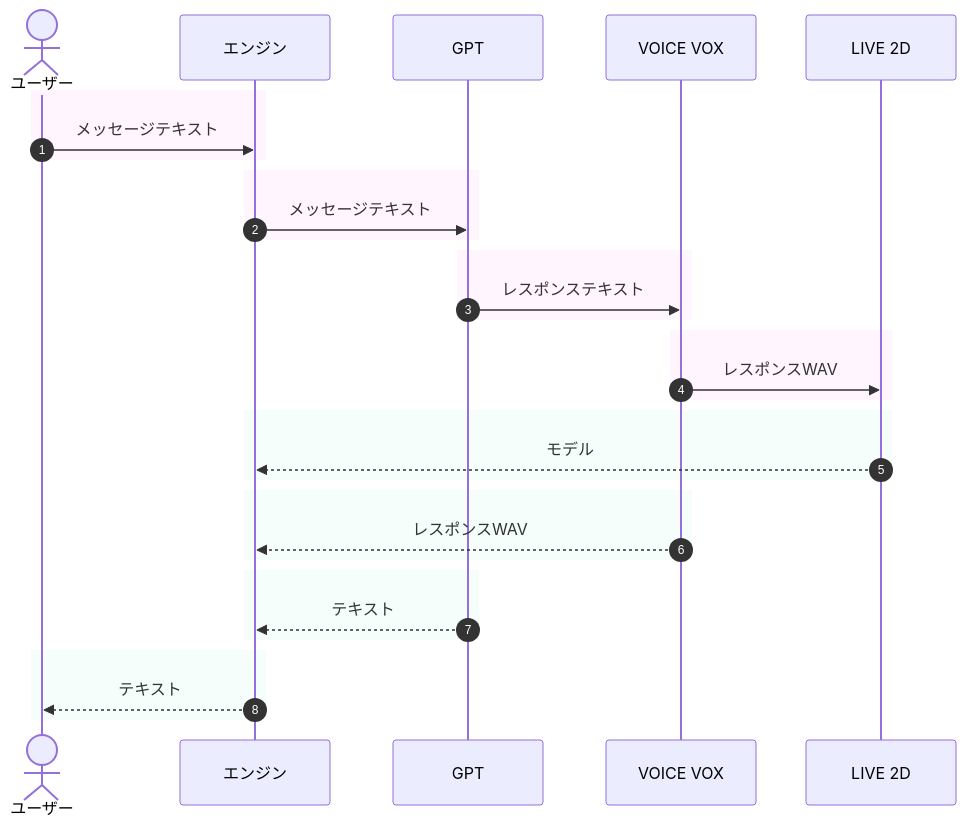
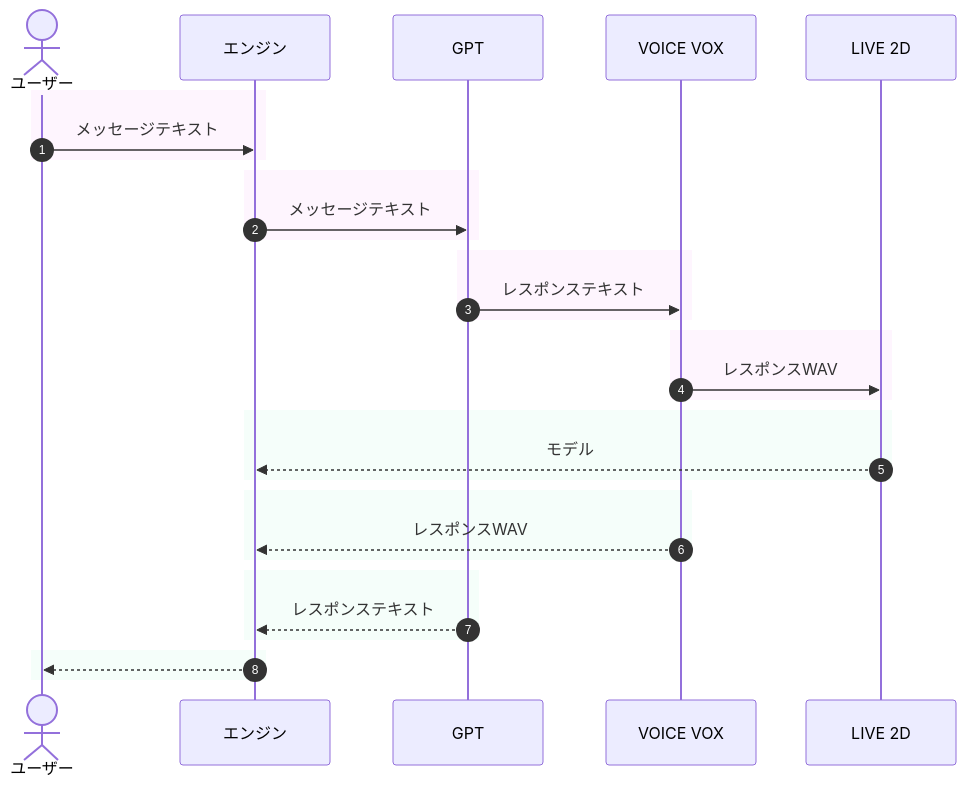
One commit to samurai-7xy/ailover changed the diagram in README.md. Above: the diagram before and after it, drawn with Mermaid.

Commit message:
修正かんりう

````diff
--- a/README.md
+++ b/README.md
@@ -9,39 +9,39 @@
 ```mermaid
 sequenceDiagram
     autonumber
     actor a as ユーザー
     participant enzin as エンジン
     participant output as GPT
     participant audio as VOICE VOX
     participant live as LIVE 2D
 
     rect rgba(253, 231, 253, 0.4)
     a ->> enzin: メッセージテキスト
     end
     rect rgba(253, 231, 253, 0.4)
     enzin ->> output: メッセージテキスト
     end
     rect rgba(253, 231, 253, 0.4)
     output ->> audio: レスポンステキスト
     end
     rect rgba(253, 231, 253, 0.4)
     audio ->> live: レスポンスWAV
     end
     rect rgba(231, 253, 242, 0.4)
     live -->> enzin: モデル
     end
     rect rgba(231, 253, 242, 0.4)
     audio -->> enzin: レスポンスWAV
     end
     rect rgba(231, 253, 242, 0.4)
-    output -->> enzin: テキスト
+    output -->> enzin: レスポンステキスト
     end
     rect rgba(231, 253, 242, 0.4)
-    enzin -->> a: テキスト
+    enzin -->> a: 
     end
 
     ##253, 231, 253, 0.4 ピンク系
     ##231, 253, 242, 0.4 緑系
     
 
 ```
````
